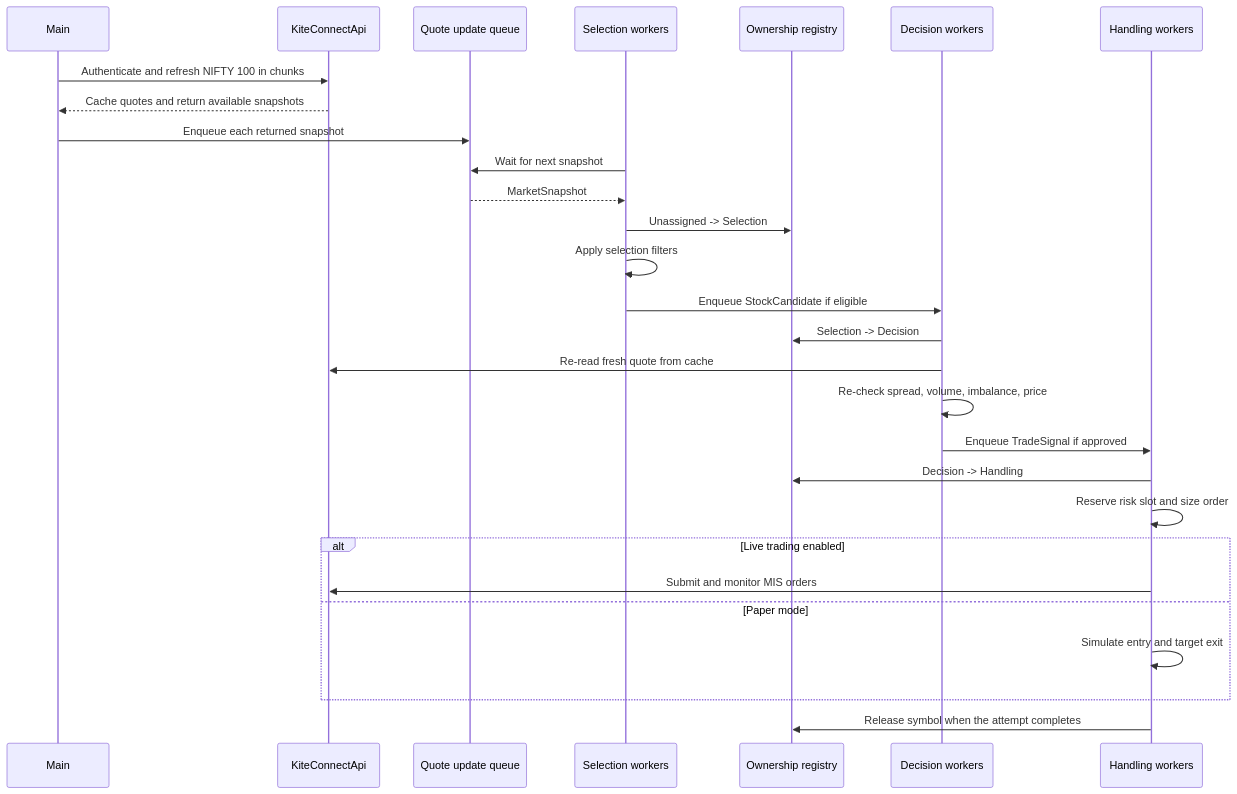
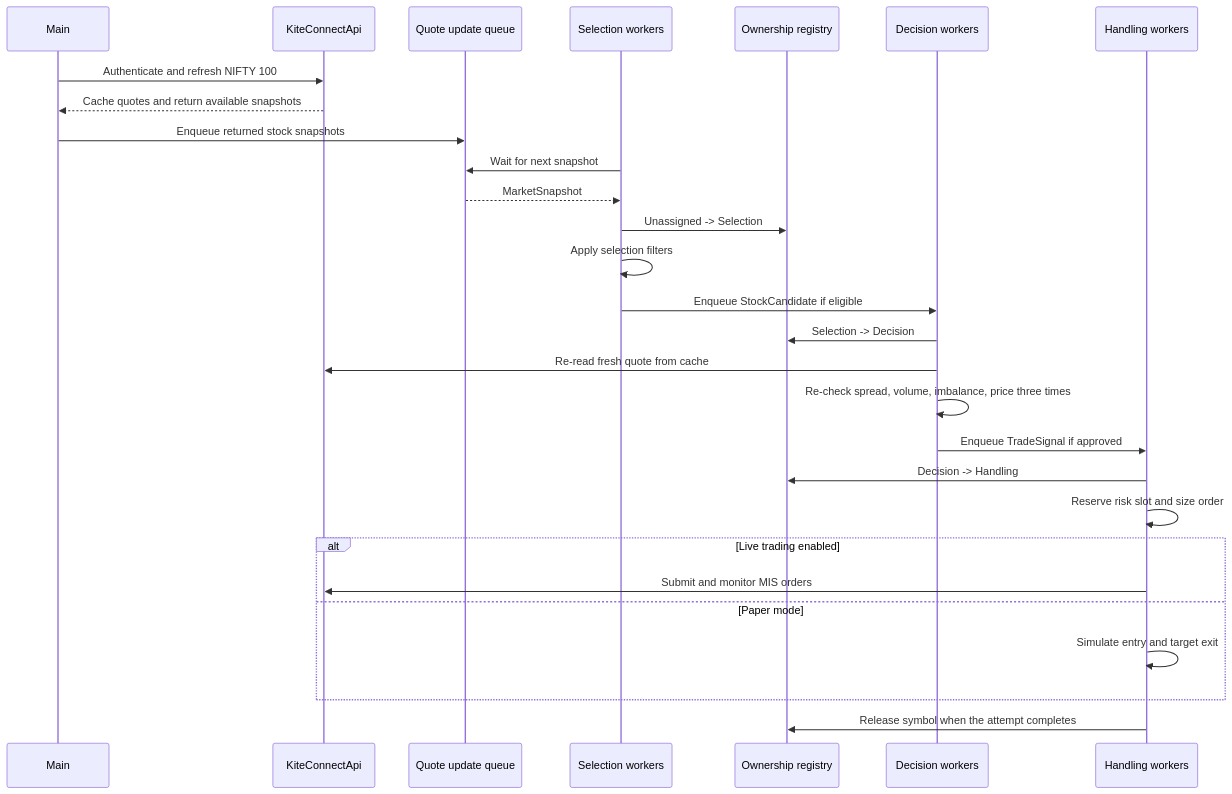
One commit to atyagi82/ZeroTick-Systems changed the third of 3 diagrams in DesignDocuments/High Level Design.md. Above: the diagram before and after it, drawn with Mermaid. The commit also changed other lines of this file and 17 other files, not shown here.

````diff
--- a/DesignDocuments/High Level Design.md
+++ b/DesignDocuments/High Level Design.md
@@ -98,31 +101,31 @@
 ```mermaid
 sequenceDiagram
     participant Main
     participant Kite as KiteConnectApi
     participant Q as Quote update queue
     participant S as Selection workers
     participant R as Ownership registry
     participant D as Decision workers
     participant H as Handling workers
 
-    Main->>Kite: Authenticate and refresh NIFTY 100 in chunks
+    Main->>Kite: Authenticate and refresh NIFTY 100
     Kite-->>Main: Cache quotes and return available snapshots
-    Main->>Q: Enqueue each returned snapshot
+    Main->>Q: Enqueue returned stock snapshots
     S->>Q: Wait for next snapshot
     Q-->>S: MarketSnapshot
     S->>R: Unassigned -> Selection
     S->>S: Apply selection filters
     S->>D: Enqueue StockCandidate if eligible
     D->>R: Selection -> Decision
     D->>Kite: Re-read fresh quote from cache
-    D->>D: Re-check spread, volume, imbalance, price
+    D->>D: Re-check spread, volume, imbalance, price three times
     D->>H: Enqueue TradeSignal if approved
     H->>R: Decision -> Handling
     H->>H: Reserve risk slot and size order
     alt Live trading enabled
         H->>Kite: Submit and monitor MIS orders
     else Paper mode
         H->>H: Simulate entry and target exit
     end
     H->>R: Release symbol when the attempt completes
 ```
````
